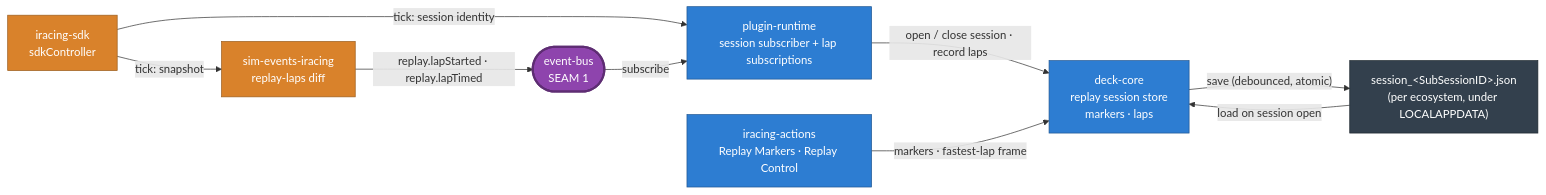
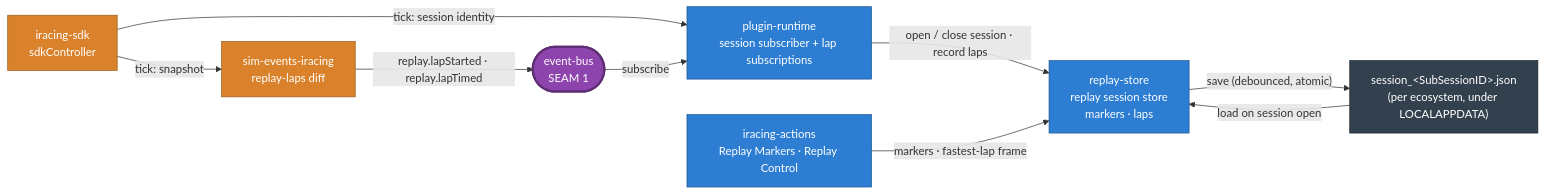
The fifth of 8 diagrams in packages/website/src/content/docs/docs/development/architecture.md (niklam/iracedeck), drawn with Mermaid before and after one commit. The commit also changed other lines of this file and 145 other files, not shown here.

First line of the commit message:
refactor(deck-core): move replay store, diagnostics, update checks and settings window out (#1367) (#1372)

````diff
--- a/packages/website/src/content/docs/docs/development/architecture.md
+++ b/packages/website/src/content/docs/docs/development/architecture.md
@@ -207,24 +209,24 @@
 ```mermaid
 flowchart LR
   sdk["iracing-sdk<br/>sdkController"]:::sim
   trans["sim-events-iracing<br/>replay-laps diff"]:::sim
   bus(["event-bus<br/>SEAM 1"]):::seam
   plugin["plugin-runtime<br/>session subscriber + lap subscriptions"]:::core
-  store["deck-core<br/>replay session store<br/>markers · laps"]:::core
+  store["replay-store<br/>replay session store<br/>markers · laps"]:::core
   file["session_&lt;SubSessionID&gt;.json<br/>(per ecosystem, under LOCALAPPDATA)"]:::ext
   actions["iracing-actions<br/>Replay Markers · Replay Control"]:::core
 
   sdk -->|"tick: session identity"| plugin
   sdk -->|"tick: snapshot"| trans
   trans -->|"replay.lapStarted · replay.lapTimed"| bus
   bus -->|"subscribe"| plugin
   plugin -->|"open / close session · record laps"| store
   store -->|"save (debounced, atomic)"| file
   file -->|"load on session open"| store
   actions -->|"markers · fastest-lap frame"| store
 
   classDef ext fill:#33404d,color:#fff,stroke:#1d262e;
   classDef sim fill:#d9822b,color:#fff,stroke:#9c5e1f;
   classDef seam fill:#8e44ad,color:#fff,stroke:#5e2d73,stroke-width:3px;
   classDef core fill:#2d7dd2,color:#fff,stroke:#1f5793;
 ```
````
